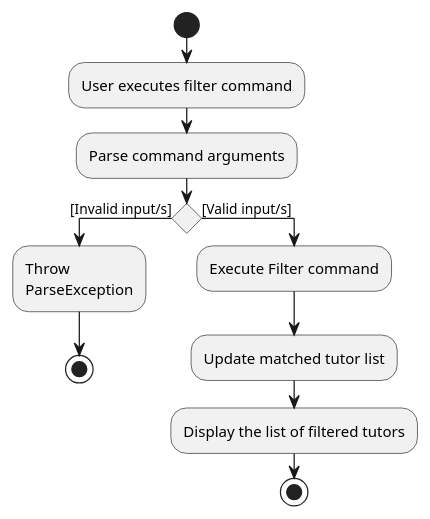
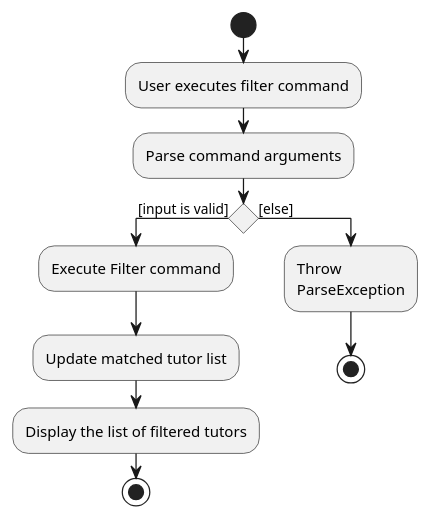
The diagram in docs/diagrams/FilterCommandActivityDiagram.puml (tenebrius1/tp), drawn with PlantUML before and after one commit. The commit also changed 4 other files, not shown here.

```diff
--- a/docs/diagrams/FilterCommandActivityDiagram.puml
+++ b/docs/diagrams/FilterCommandActivityDiagram.puml
@@ -1,14 +1,14 @@
 @startuml
 start
 :User executes filter command;
 :Parse command arguments;
 
-if () then ([Invalid input/s])
-    :Throw \nParseException;
-    stop
-else ([Valid input/s])
+if () then ([input is valid])
     :Execute Filter command;
     :Update matched tutor list;
     :Display the list of filtered tutors;
+    stop
+else ([else])
+    :Throw \nParseException;
 stop
 @enduml
```
